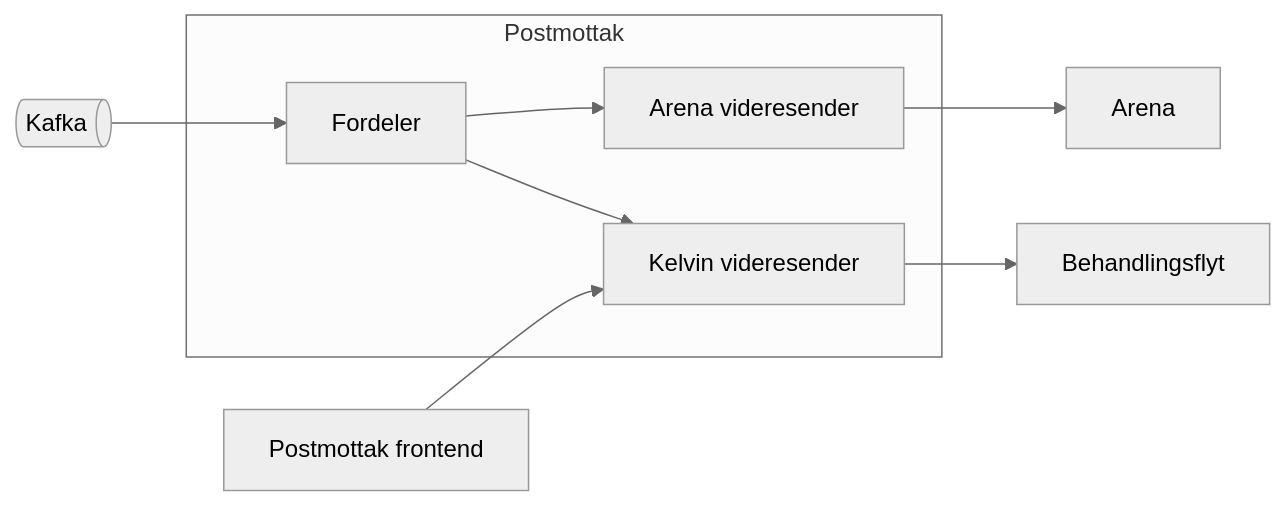
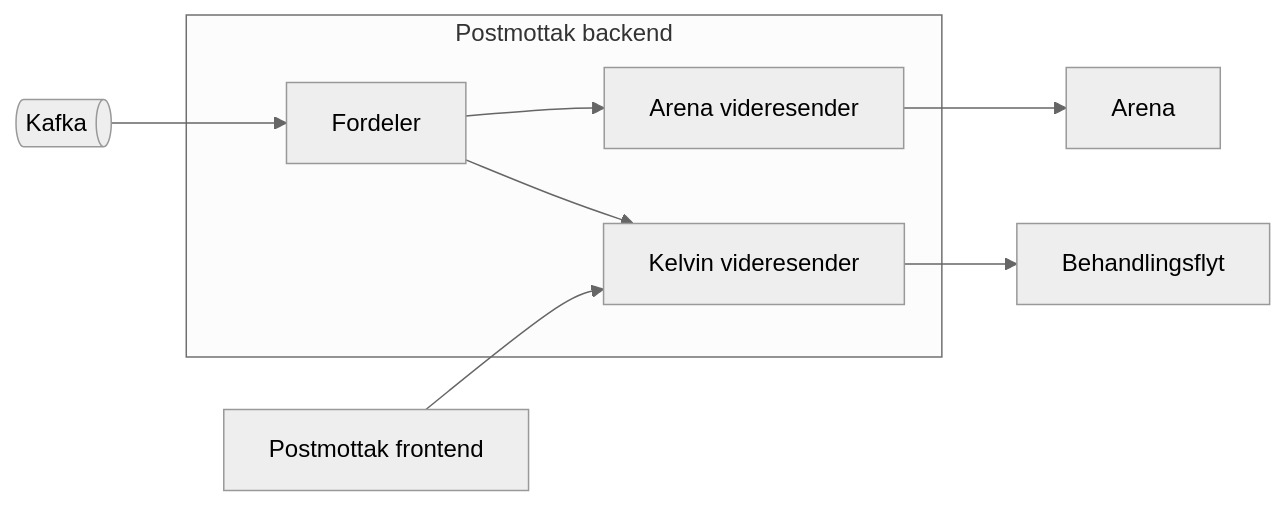
The first of 4 diagrams in docs/funksjonalitet/12_Postmottak/teknisk.md (navikt/aap-intern-sysdok), drawn with Mermaid (neutral theme) before and after one commit. The commit also changed other lines of this file and 1 other file, not shown here.

Commit message:
Oppdater postmottak teknisk med komponentbeskrivelse

````diff
--- a/docs/funksjonalitet/12_Postmottak/teknisk.md
+++ b/docs/funksjonalitet/12_Postmottak/teknisk.md
@@ -12,11 +13,11 @@
 ```mermaid
 flowchart LR
     kafka@{shape: das, label: Kafka}-->fordeler
-    subgraph Postmottak 
+    subgraph Postmottak backend 
         fordeler[Fordeler]-->arenaVideresender[Arena videresender]
         fordeler-->kelvinVideresender[Kelvin videresender]
     end
     arenaVideresender-->arena[Arena]
     kelvinVideresender-->behandlingsflyt[Behandlingsflyt]
     frontend[Postmottak frontend]-->kelvinVideresender
 ```
````
